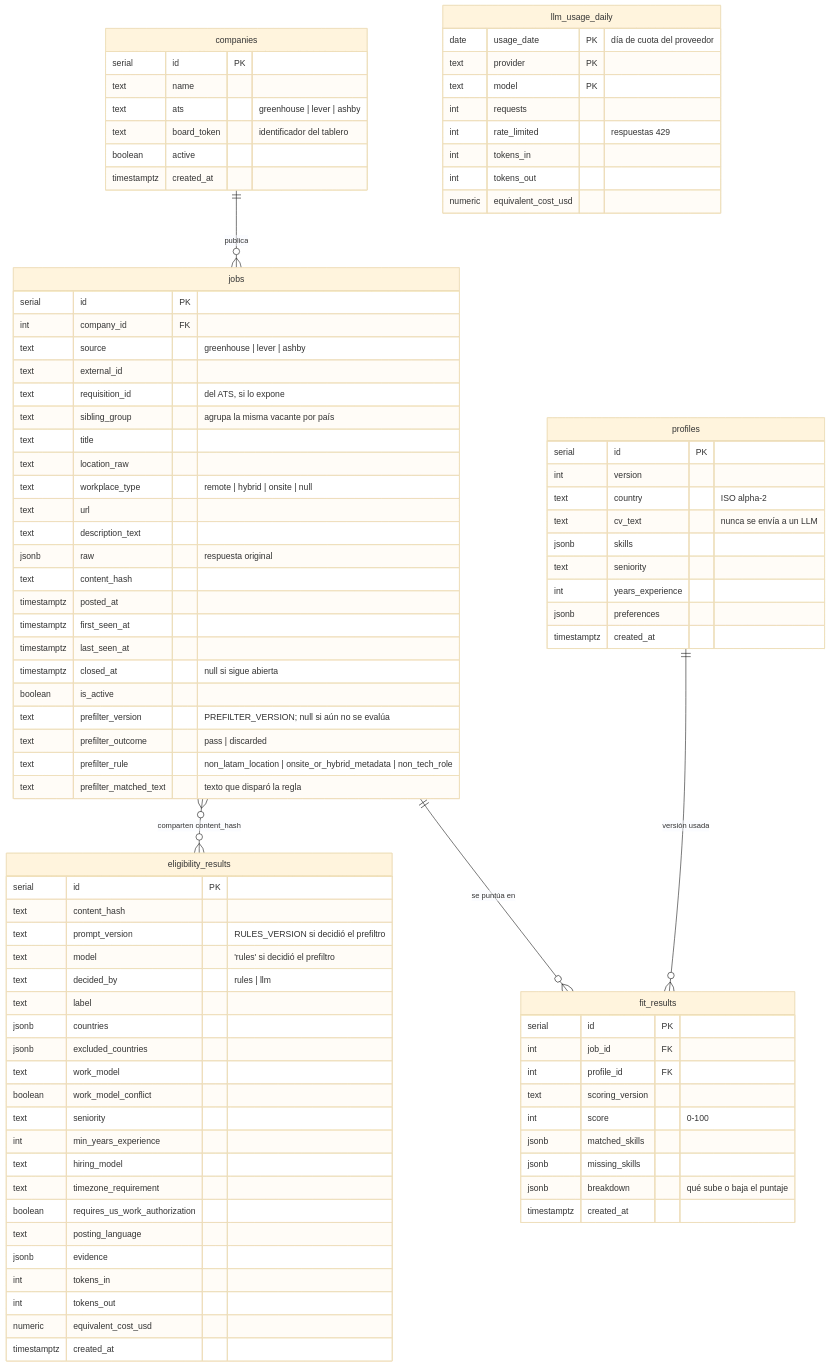
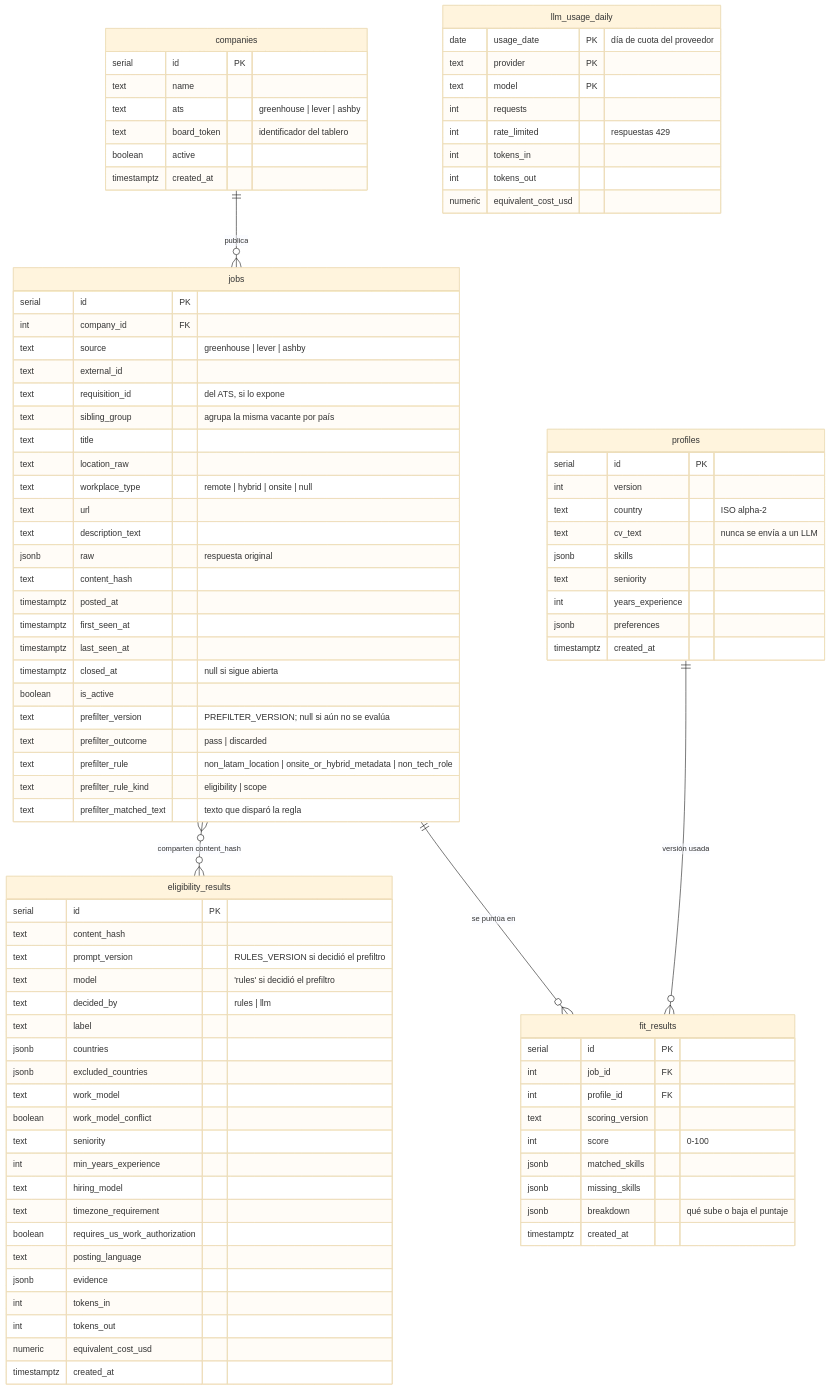
Before and after one commit to JuanManuelRivera31/remotefit: the diagram in docs/03-modelo-de-datos.md, drawn with Mermaid (base theme). The commit also changed 13 other files, not shown here.

Commit message:
feat(core,api): split prefilter rules into eligibility and scope kinds (S5)

```diff
--- a/docs/03-modelo-de-datos.md
+++ b/docs/03-modelo-de-datos.md
@@ -39,6 +39,7 @@
         text prefilter_version "PREFILTER_VERSION; null si aún no se evalúa"
         text prefilter_outcome "pass | discarded"
         text prefilter_rule "non_latam_location | onsite_or_hybrid_metadata | non_tech_role"
+        text prefilter_rule_kind "eligibility | scope"
         text prefilter_matched_text "texto que disparó la regla"
     }
     eligibility_results {
```
